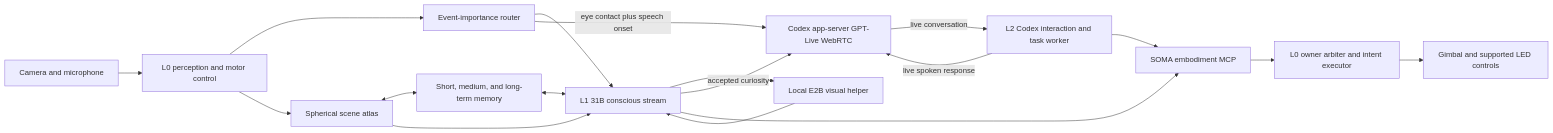
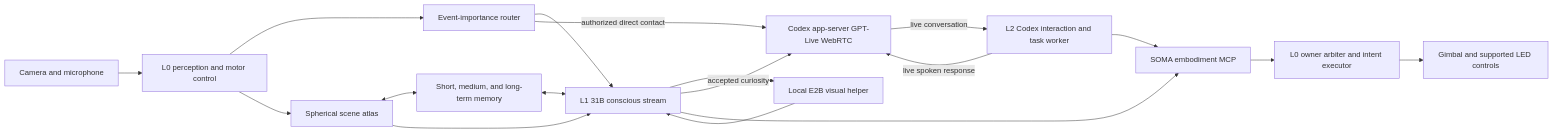
One commit to codeshark94/SOMA changed the diagram in COGNITIVE_ARCHITECTURE.md. Above: the diagram before and after it, drawn with Mermaid. The commit also changed other lines of this file and 35 other files, not shown here.

````diff
--- a/COGNITIVE_ARCHITECTURE.md
+++ b/COGNITIVE_ARCHITECTURE.md
@@ -40,20 +40,20 @@
 ```mermaid
 flowchart LR
     Sensors["Camera and microphone"] --> L0["L0 perception and motor control"]
     L0 --> Router["Event-importance router"]
     Router --> L1["L1 31B conscious stream"]
-    Router -->|"eye contact plus speech onset"| Speech["Codex app-server GPT-Live WebRTC"]
+    Router -->|"authorized direct contact"| Speech["Codex app-server GPT-Live WebRTC"]
     L1 --> Helper["Local E2B visual helper"]
     Helper --> L1
     Memory["Short, medium, and long-term memory"] <--> L1
     L1 -->|"accepted curiosity"| Speech
     Speech -->|"live conversation"| Codex["L2 Codex interaction and task worker"]
     Codex -->|"live spoken response"| Speech
     L1 --> MCP["SOMA embodiment MCP"]
     Codex --> MCP
     MCP --> Arbiter["L0 owner arbiter and intent executor"]
     Arbiter --> Gimbal["Gimbal and supported LED controls"]
     L0 --> Atlas["Spherical scene atlas"]
     Atlas <--> Memory
     Atlas --> L1
 ```
````
